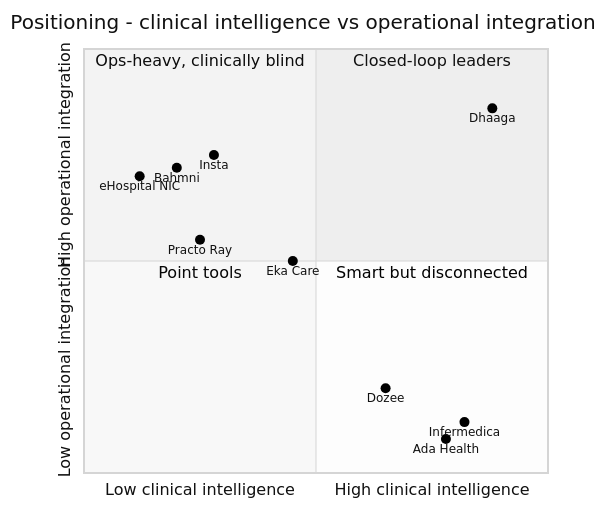
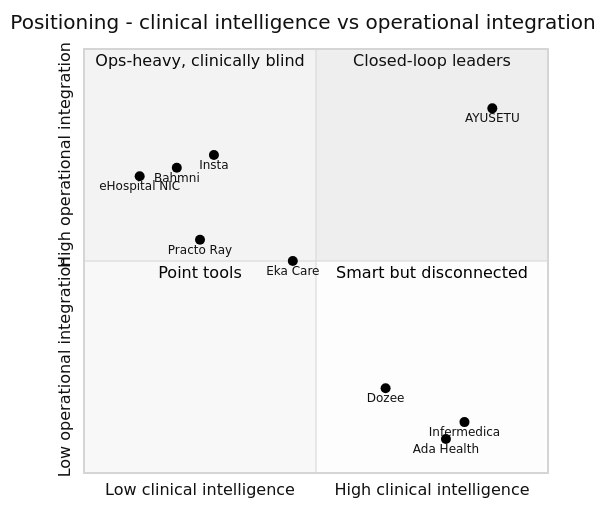
The second of 2 diagrams in docs/PRD.md (potlasrisharan/hackshift-sudarshan), drawn with Mermaid (neutral theme) before and after one commit. The commit also changed other lines of this file and 655 other files, not shown here.

````diff
--- a/docs/PRD.md
+++ b/docs/PRD.md
@@ -298,19 +298,19 @@
 ```mermaid
 quadrantChart
     title Positioning - clinical intelligence vs operational integration
     x-axis Low clinical intelligence --> High clinical intelligence
     y-axis Low operational integration --> High operational integration
     quadrant-1 Closed-loop leaders
     quadrant-2 Ops-heavy, clinically blind
     quadrant-3 Point tools
     quadrant-4 Smart but disconnected
     Practo Ray: [0.25, 0.55]
     Insta: [0.28, 0.75]
     eHospital NIC: [0.12, 0.70]
     Bahmni: [0.2, 0.72]
     Eka Care: [0.45, 0.50]
     Infermedica: [0.82, 0.12]
     Ada Health: [0.78, 0.08]
     Dozee: [0.65, 0.2]
-    Dhaaga: [0.88, 0.86]
+    AYUSETU: [0.88, 0.86]
 ```
````
